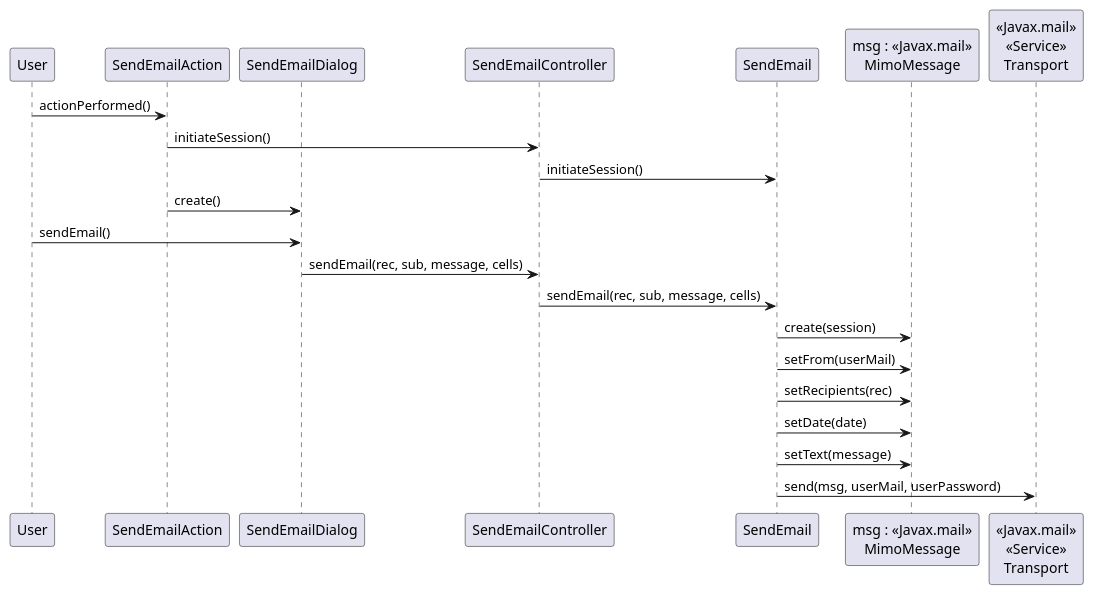
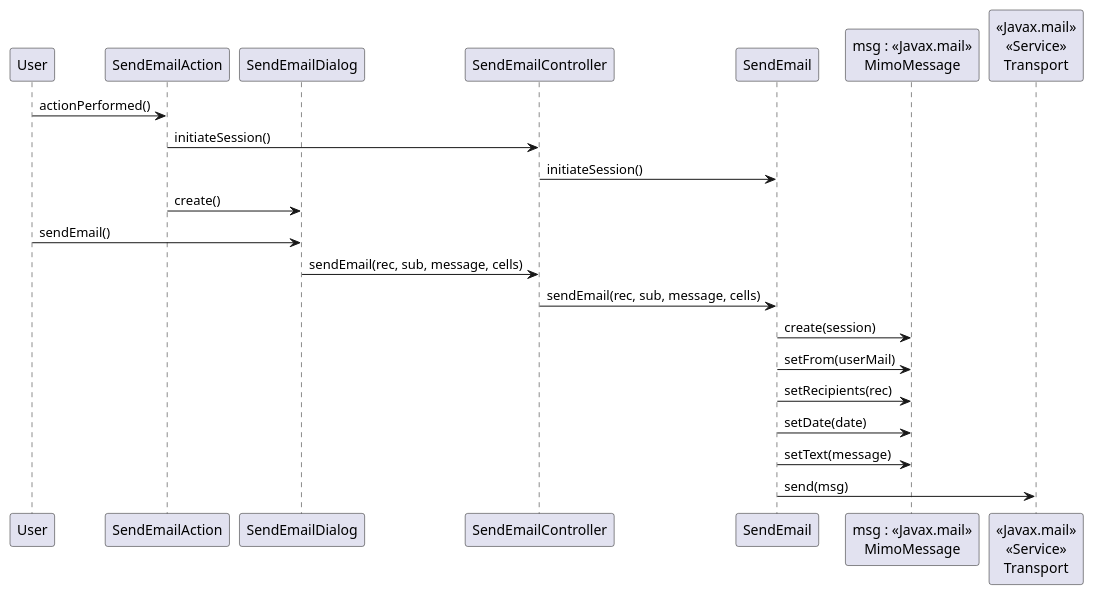
The diagram in src/csheets/userstories/core05_02/send_Email/i130419/sequence_diagram.puml (1130348/Confusao), drawn with PlantUML before and after one commit. The commit also changed 2 other files, not shown here.

```diff
--- a/src/csheets/userstories/core05_02/send_Email/i130419/sequence_diagram.puml
+++ b/src/csheets/userstories/core05_02/send_Email/i130419/sequence_diagram.puml
@@ -1,22 +1,22 @@
 @startuml doc-files/sequence_diagram.png
 participant User as usr
 participant "SendEmailAction" as sea
 participant "SendEmailDialog" as sed
 participant "SendEmailController" as emc
 participant "SendEmail" as em
 participant "msg : <<Javax.mail>>\nMimoMessage" as mm
 participant "<<Javax.mail>>\n<<Service>>\nTransport" as tra
 usr -> sea : actionPerformed()
 sea -> emc : initiateSession()
 emc -> em : initiateSession()
 sea -> sed : create()
 usr -> sed : sendEmail()
 sed -> emc : sendEmail(rec, sub, message, cells)
 emc -> em : sendEmail(rec, sub, message, cells)
 em -> mm : create(session)
 em -> mm : setFrom(userMail)
 em -> mm : setRecipients(rec)
 em -> mm : setDate(date)
 em -> mm : setText(message)
-em -> tra : send(msg, userMail, userPassword)
+em -> tra : send(msg)
 @enduml
```
